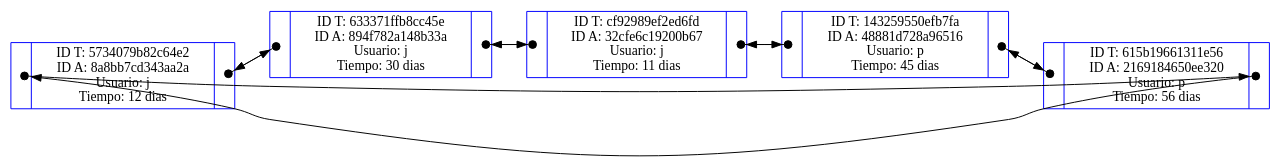
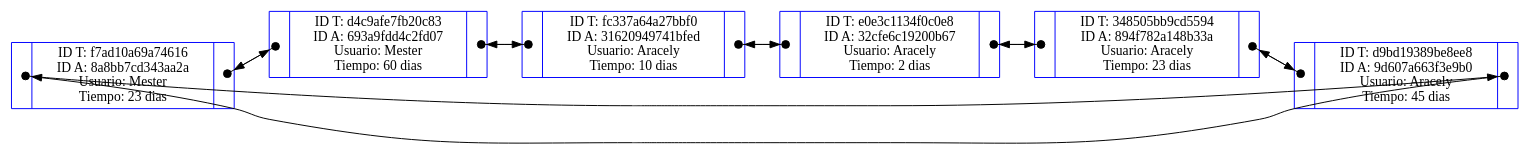
One commit to martinfdev/EstructurasenC-P1 changed the diagram in build/RTransacciones.dot. Above: the diagram before and after it, drawn with Graphviz. The commit also changed 22 other files, not shown here.

```diff
--- a/build/RTransacciones.dot
+++ b/build/RTransacciones.dot
@@ -1,23 +1,26 @@
 digraph G {
 rankdir=LR;
 node [shape=record, color=blue, width=0.5, height=0.5]; 
 
-node0 [label="{<a>|ID T: 5734079b82c64e2\nID A: 8a8bb7cd343aa2a\nUsuario: j\nTiempo: 12 dias|<b>}"];
-node1 [label="{<a>|ID T: 633371ffb8cc45e\nID A: 894f782a148b33a\nUsuario: j\nTiempo: 30 dias|<b>}"];
-node2 [label="{<a>|ID T: cf92989ef2ed6fd\nID A: 32cfe6c19200b67\nUsuario: j\nTiempo: 11 dias|<b>}"];
-node3 [label="{<a>|ID T: 143259550efb7fa\nID A: 48881d728a96516\nUsuario: p\nTiempo: 45 dias|<b>}"];
-node4 [label="{<a>|ID T: 615b19661311e56\nID A: 2169184650ee320\nUsuario: p\nTiempo: 56 dias|<b>}"];
+node0 [label="{<a>|ID T: f7ad10a69a74616\nID A: 8a8bb7cd343aa2a\nUsuario: Mester\nTiempo: 23 dias|<b>}"];
+node1 [label="{<a>|ID T: d4c9afe7fb20c83\nID A: 693a9fdd4c2fd07\nUsuario: Mester\nTiempo: 60 dias|<b>}"];
+node2 [label="{<a>|ID T: fc337a64a27bbf0\nID A: 31620949741bfed\nUsuario: Aracely\nTiempo: 10 dias|<b>}"];
+node3 [label="{<a>|ID T: e0e3c1134f0c0e8\nID A: 32cfe6c19200b67\nUsuario: Aracely\nTiempo: 2 dias|<b>}"];
+node4 [label="{<a>|ID T: 348505bb9cd5594\nID A: 894f782a148b33a\nUsuario: Aracely\nTiempo: 23 dias|<b>}"];
+node5 [label="{<a>|ID T: d9bd19389be8ee8\nID A: 9d607a663f3e9b0\nUsuario: Aracely\nTiempo: 45 dias|<b>}"];
 
 node0:b:c -> node1:a:c [arrowtail=dot, dir=both,tailclip=false];
 node1:b:c -> node2:a:c [arrowtail=dot, dir=both,tailclip=false];
 node2:b:c -> node3:a:c [arrowtail=dot, dir=both,tailclip=false];
 node3:b:c -> node4:a:c [arrowtail=dot, dir=both,tailclip=false];
-node4:b:c -> node0:a:c [arrowtail=dot, dir=both,tailclip=false];
+node4:b:c -> node5:a:c [arrowtail=dot, dir=both,tailclip=false];
+node5:b:c -> node0:a:c [arrowtail=dot, dir=both,tailclip=false];
 
 node1:a:c -> node0:b:c [arrowtail=dot, dir=both,tailclip=false];
 node2:a:c -> node1:b:c [arrowtail=dot, dir=both,tailclip=false];
 node3:a:c -> node2:b:c [arrowtail=dot, dir=both,tailclip=false];
 node4:a:c -> node3:b:c [arrowtail=dot, dir=both,tailclip=false];
-node0:a:c -> node4:b:c [arrowtail=dot, dir=both,tailclip=false];
+node5:a:c -> node4:b:c [arrowtail=dot, dir=both,tailclip=false];
+node0:a:c -> node5:b:c [arrowtail=dot, dir=both,tailclip=false];
 
 }
```
